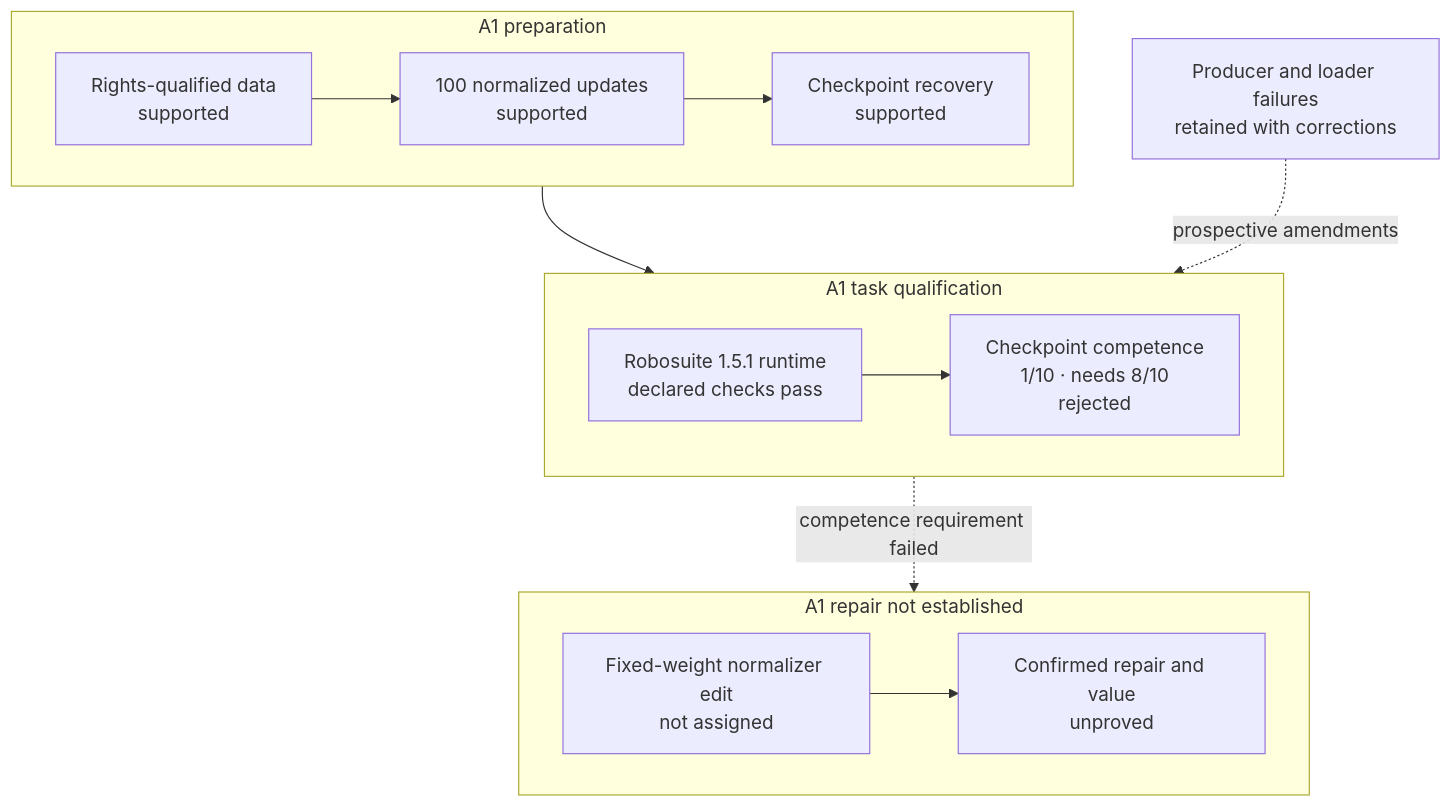
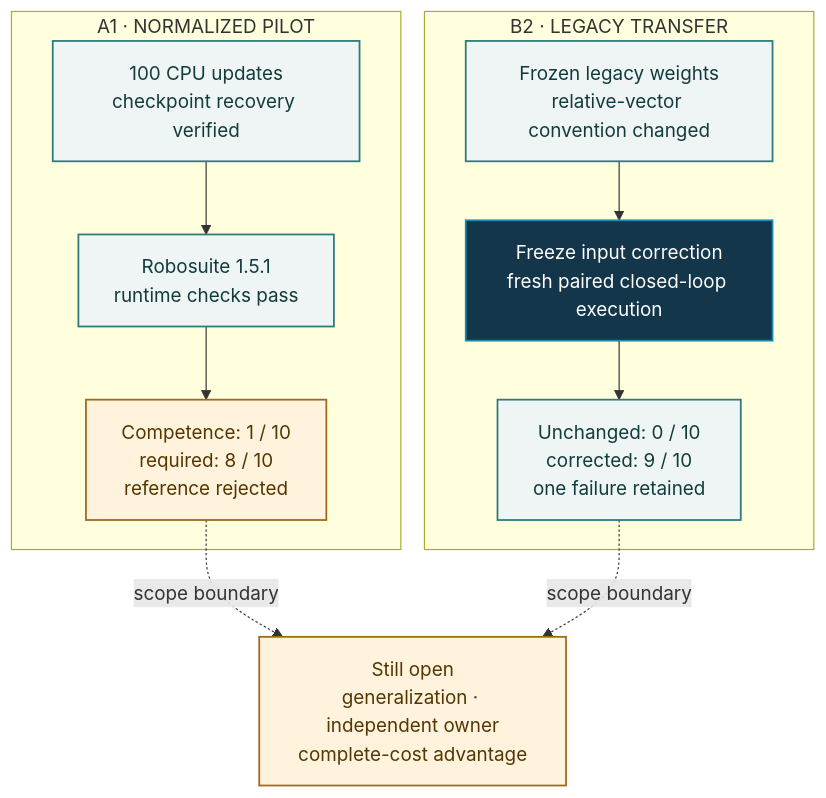
One commit to manfromnowhere143/nisayon changed the third of 4 diagrams in README.md. Above: the diagram before and after it, drawn with Mermaid. The commit also changed other lines of this file and 49 other files, not shown here.

Commit message:
Document change qualification, retained contributions and current evidence

````diff
--- a/README.md
+++ b/README.md
@@ -291,21 +370,22 @@
 ```mermaid
 flowchart TB
-    accTitle: A1 normalized-policy evidence ladder
-    accDescr: Dataset custody, normalized training and checkpoint recovery are supported. The runtime passes its declared qualification checks, but the A1 checkpoint succeeds in only one of ten development episodes against the required eight. That normalized checkpoint remains rejected; the separate B2 legacy-policy repair does not change this result.
-    subgraph P["A1 preparation"]
-        direction LR
-        D["Rights-qualified data<br/>supported"] --> T["100 normalized updates<br/>supported"]
-        T --> C["Checkpoint recovery<br/>supported"]
+    accTitle: Two policy experiments, two distinct outcomes
+    accDescr: A1 trained a normalized pilot for 100 updates and qualified the runtime, but the checkpoint failed its competence gate at one success in ten. B2 used a separate frozen legacy policy, repaired a version-specific observation convention and confirmed nine successes in ten against zero unchanged. B2 does not repair A1 or establish generalization. Neither experiment establishes an owner-cost advantage.
+    subgraph A["A1 · NORMALIZED PILOT"]
+        A0["100 CPU updates<br/>checkpoint recovery verified"]:::record
+        A1["Robosuite 1.5.1<br/>runtime checks pass"]:::record
+        A2["Competence: 1 / 10<br/>required: 8 / 10<br/>reference rejected"]:::gate
+        A0 --> A1 --> A2
     end
-    subgraph Q["A1 task qualification"]
-        direction LR
-        R["Robosuite 1.5.1 runtime<br/>declared checks pass"] --> K["Checkpoint competence<br/>1/10 · needs 8/10<br/>rejected"]
+    subgraph B["B2 · LEGACY TRANSFER"]
+        B0["Frozen legacy weights<br/>relative-vector convention changed"]:::record
+        B1["Freeze input correction<br/>fresh paired closed-loop execution"]:::execution
+        B2["Unchanged: 0 / 10<br/>corrected: 9 / 10<br/>one failure retained"]:::record
+        B0 --> B1 --> B2
     end
-    subgraph N["A1 repair not established"]
-        direction LR
-        I["Fixed-weight normalizer edit<br/>not assigned"] --> V["Confirmed repair and value<br/>unproved"]
-    end
-    P --> Q
-    Q -. "competence requirement failed" .-> N
-    F["Producer and loader failures<br/>retained with corrections"] -. "prospective amendments" .-> Q
+    A2 -. "scope boundary" .-> G["Still open<br/>generalization · independent owner<br/>complete-cost advantage"]:::gate
+    B2 -. "scope boundary" .-> G
+    classDef execution fill:#14364b,stroke:#168aad,color:#ffffff,stroke-width:1.5px
+    classDef record fill:#eef5f4,stroke:#2c7a7b,color:#123b3c,stroke-width:1.5px
+    classDef gate fill:#fff3dd,stroke:#9c6a19,color:#533600,stroke-width:1.5px
 ```
````
